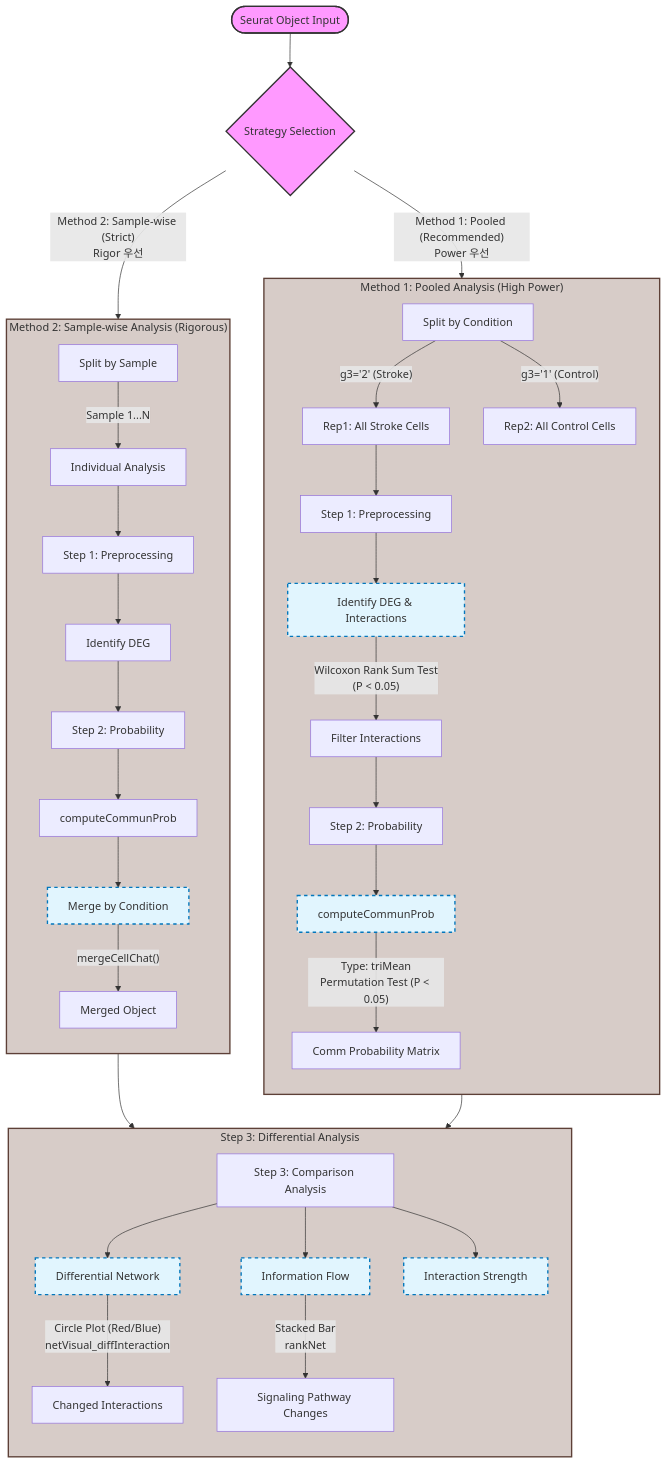
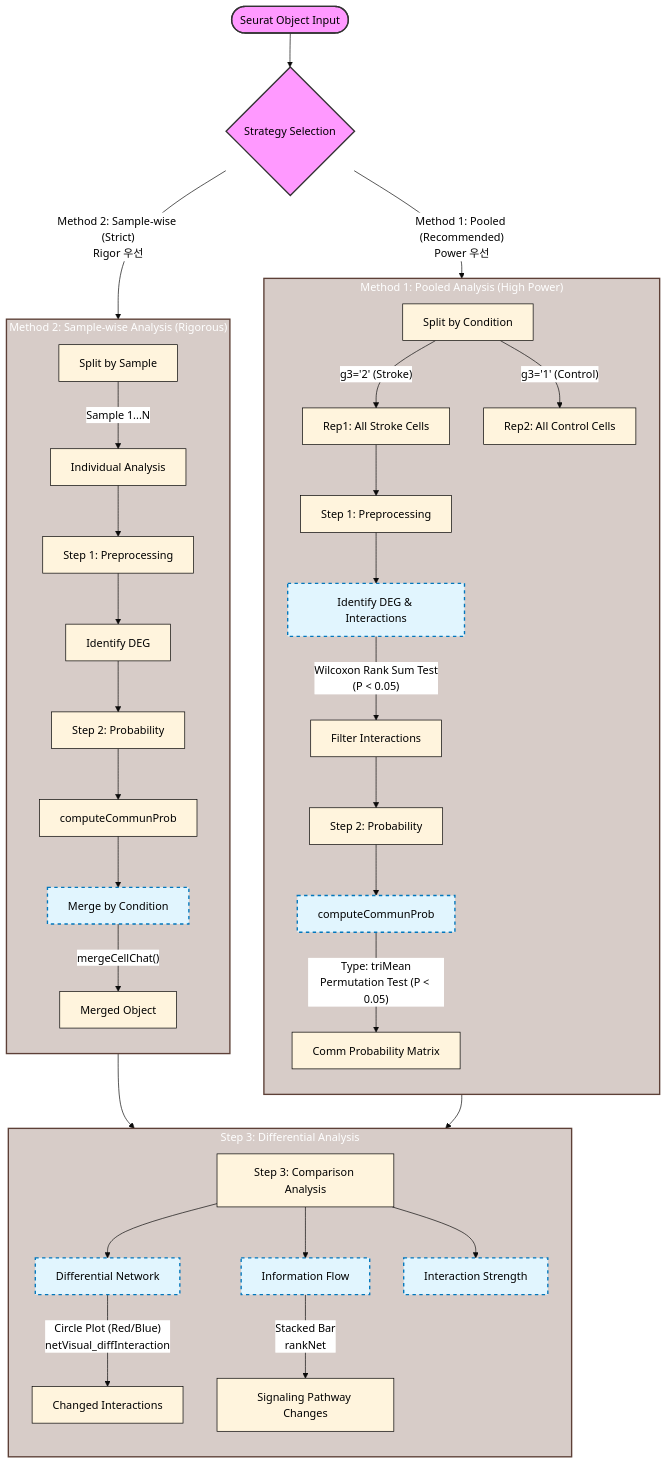
One commit to JasonK94/mylit changed the second of 2 diagrams in docs/cci/CCI_INTEGRATED_GUIDE_KR.md. Above: the diagram before and after it, drawn with Mermaid. The commit also changed other lines of this file and 28 other files, not shown here.

````diff
--- a/docs/cci/CCI_INTEGRATED_GUIDE_KR.md
+++ b/docs/cci/CCI_INTEGRATED_GUIDE_KR.md
@@ -126,65 +126,66 @@
 ```mermaid
+%%{init: {'theme':'base', 'themeVariables': {'primaryEdgeColor':'#000000', 'primaryEdgeThickness':4, 'primaryTextColor':'#000000', 'primaryBorderColor':'#000000', 'edgeLabelBackground':'#ffffff', 'tertiaryColor':'#000000'}}}%%
 graph TD
     %% 노드 스타일 정의
     classDef step fill:#f9f,stroke:#333,stroke-width:2px;
     classDef logic fill:#e1f5fe,stroke:#0277bd,stroke-width:2px,stroke-dasharray: 5 5;
     classDef cluster fill:#d7ccc8,stroke:#5d4037,stroke-width:2px;
     classDef error fill:#ffcdd2,stroke:#c62828,stroke-width:2px;
 
     %% 시작
     Start([Seurat Object Input]) --> ChooseStrat{Strategy Selection}
     
     %% 전략 선택
     ChooseStrat --"Method 1: Pooled (Recommended)<br/>Power 우선"--> Pool[Split by Condition]
     ChooseStrat --"Method 2: Sample-wise (Strict)<br/>Rigor 우선"--> Split[Split by Sample]
     
     %% Pooled Analysis
     subgraph Pooled["Method 1: Pooled Analysis (High Power)"]
         direction TB
         Pool --> |"g3='2' (Stroke)"| Rep1[Rep1: All Stroke Cells]
         Pool --> |"g3='1' (Control)"| Rep2[Rep2: All Control Cells]
         
         Rep1 --> Step1P["Step 1: Preprocessing"]
         Step1P --> DEG_P["Identify DEG & Interactions"]
         class DEG_P logic
         DEG_P --"Wilcoxon Rank Sum Test<br/>(P < 0.05)"--> FilterP["Filter Interactions"]
         
         FilterP --> Step2P["Step 2: Probability"]
         Step2P --> Prob_P["computeCommunProb"]
         class Prob_P logic
         Prob_P --"Type: triMean<br/>Permutation Test (P < 0.05)"--> MatP[Comm Probability Matrix]
     end
 
     %% Sample-wise Analysis
     subgraph SampleWise["Method 2: Sample-wise Analysis (Rigorous)"]
         direction TB
         Split --> |Sample 1...N| Indiv[Individual Analysis]
         Indiv --> Step1S["Step 1: Preprocessing"]
         Step1S --> DEG_S["Identify DEG"]
         
         DEG_S --> Step2S["Step 2: Probability"]
         Step2S --> Prob_S["computeCommunProb"]
         
         Prob_S --> Merge[Merge by Condition]
         class Merge logic
         Merge --"mergeCellChat()"--> MergedObj[Merged Object]
     end
 
     %% 비교 분석
     MatP --> Compare["Step 3: Comparison Analysis"]
     MergedObj --> Compare
     
     subgraph Comparison["Step 3: Differential Analysis"]
         direction TB
         Compare --> DiffNet["Differential Network"]
         DiffNet --"Circle Plot (Red/Blue)<br/>netVisual_diffInteraction"--> Vis1[Changed Interactions]
         
         Compare --> InfoFlow["Information Flow"]
         InfoFlow --"Stacked Bar<br/>rankNet"--> Vis2[Signaling Pathway Changes]
         
         Compare --> DiffStrength["Interaction Strength"]
     end
     
     class Start,ChooseStrat step
     class DiffNet,InfoFlow,DiffStrength logic
 ```
````
